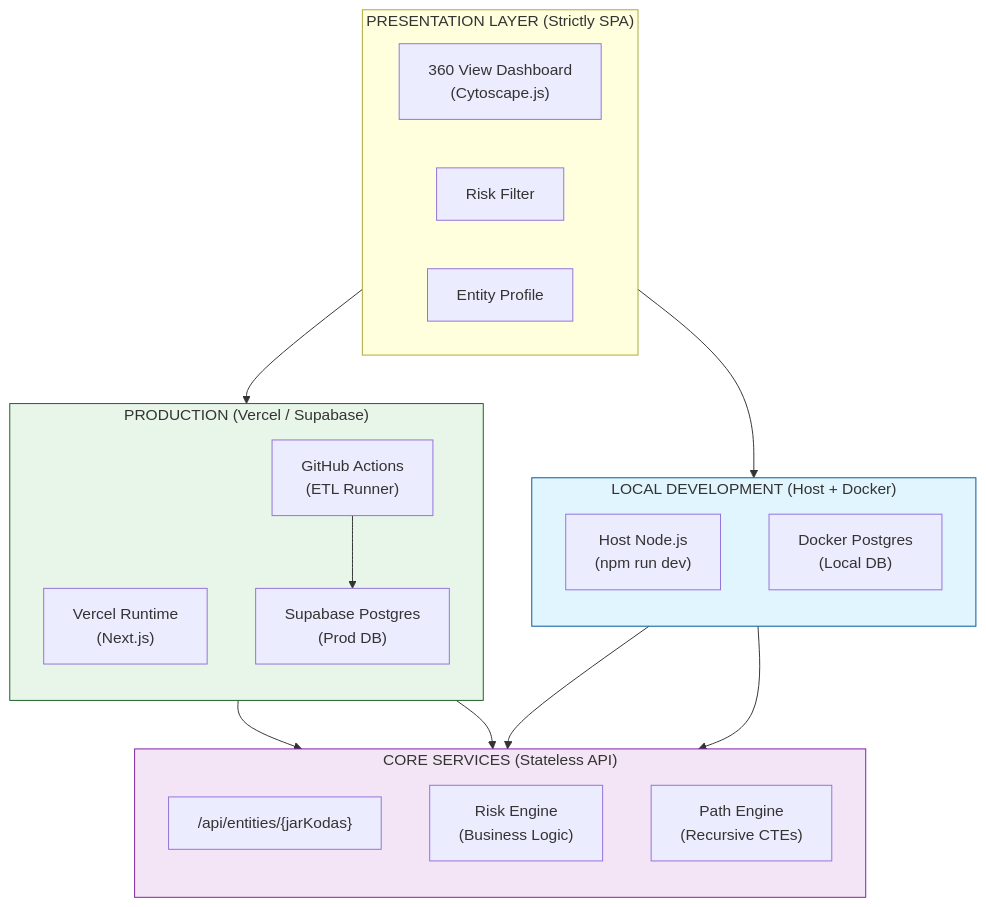
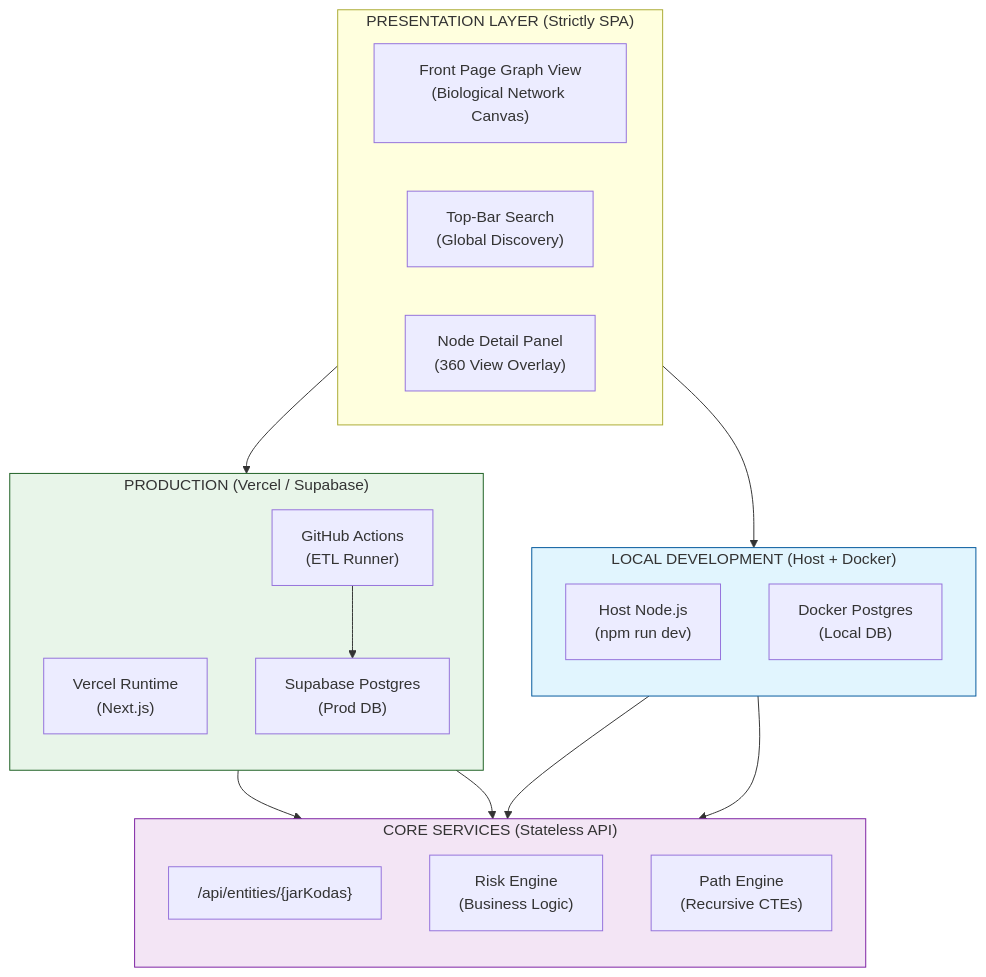
The second of 7 diagrams in docs/ARCHITECTURE.md (rimvydasb/risk-intelligence), drawn with Mermaid before and after one commit. The commit also changed other lines of this file and 1 other file, not shown here.

Commit message:
update architecture documentation to reflect version 0.2-DRAFT and introduce Biological Interaction UX details; add new development plan for implementation phases

````diff
--- a/docs/ARCHITECTURE.md
+++ b/docs/ARCHITECTURE.md
@@ -446,41 +448,41 @@
 ```mermaid
 graph TB
     subgraph LOCAL["LOCAL DEVELOPMENT (Host + Docker)"]
         direction TB
         NH["Host Node.js<br/>(npm run dev)"]
         LD["Docker Postgres<br/>(Local DB)"]
     end
 
     subgraph PROD["PRODUCTION (Vercel / Supabase)"]
         direction TB
         VH["Vercel Runtime<br/>(Next.js)"]
         GA["GitHub Actions<br/>(ETL Runner)"]
         SD["Supabase Postgres<br/>(Prod DB)"]
     end
 
     subgraph PRESENTATION["PRESENTATION LAYER (Strictly SPA)"]
         direction LR
-        GV["360 View Dashboard<br/>(Cytoscape.js)"]
-        RF["Risk Filter"]
-        ED["Entity Profile"]
+        GV["Front Page Graph View<br/>(Biological Network Canvas)"]
+        SEARCH["Top-Bar Search<br/>(Global Discovery)"]
+        ED["Node Detail Panel<br/>(360 View Overlay)"]
     end
 
     subgraph CORE_SERVICES["CORE SERVICES (Stateless API)"]
         direction TB
         A1["/api/entities/{jarKodas}"]
         RS["Risk Engine<br/>(Business Logic)"]
         PE["Path Engine<br/>(Recursive CTEs)"]
     end
 
     PRESENTATION --> VH
     PRESENTATION --> NH
     VH --> CORE_SERVICES
     NH --> CORE_SERVICES
     GA --> SD
     SD --> CORE_SERVICES
     LD --> CORE_SERVICES
 
     style LOCAL fill:#e1f5fe,stroke:#01579b
     style PROD fill:#e8f5e9,stroke:#1b5e20
     style CORE_SERVICES fill:#f3e5f5,stroke:#7b1fa2
 ```
````
